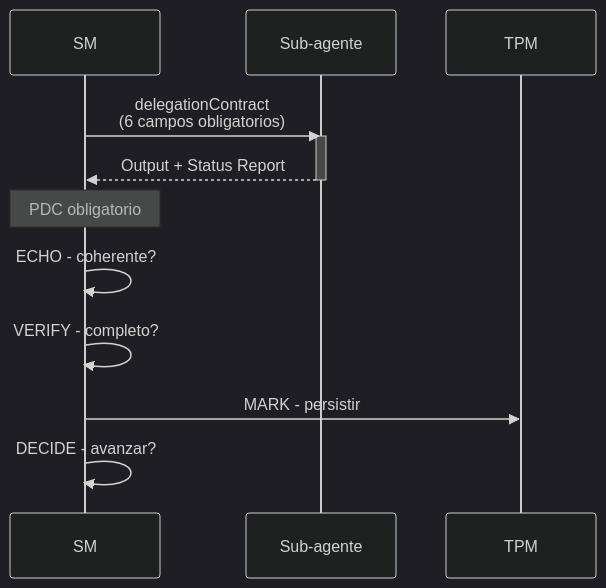
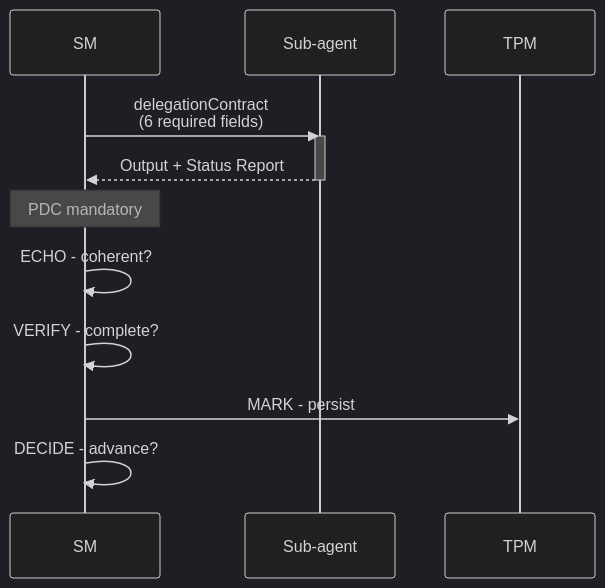
The second of 2 diagrams in principia/sections/28-context-flow.md (virgenherrera/virgil), drawn with Mermaid (dark theme) before and after one commit. The commit also changed other lines of this file and 42 other files, not shown here.

````diff
--- a/principia/sections/28-context-flow.md
+++ b/principia/sections/28-context-flow.md
@@ -71,17 +71,17 @@
 ```mermaid
 sequenceDiagram
     participant SM as SM
-    participant SUB as Sub-agente
+    participant SUB as Sub-agent
     participant TPM as TPM
 
-    SM->>SUB: delegationContract<br/>(6 campos obligatorios)
+    SM->>SUB: delegationContract<br/>(6 required fields)
     activate SUB
     SUB-->>SM: Output + Status Report
     deactivate SUB
 
-    Note over SM: PDC obligatorio
-    SM->>SM: ECHO - coherente?
-    SM->>SM: VERIFY - completo?
-    SM->>TPM: MARK - persistir
-    SM->>SM: DECIDE - avanzar?
+    Note over SM: PDC mandatory
+    SM->>SM: ECHO - coherent?
+    SM->>SM: VERIFY - complete?
+    SM->>TPM: MARK - persist
+    SM->>SM: DECIDE - advance?
 ```
````
